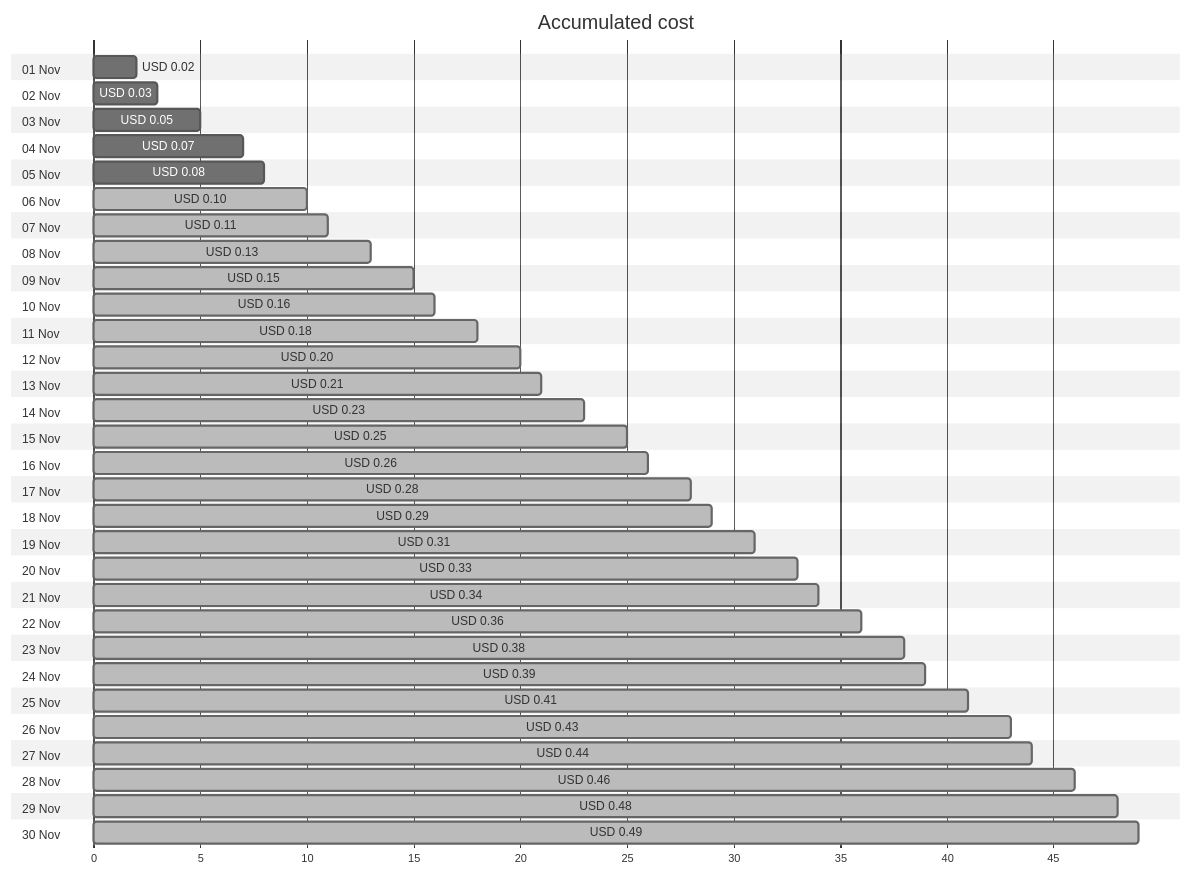
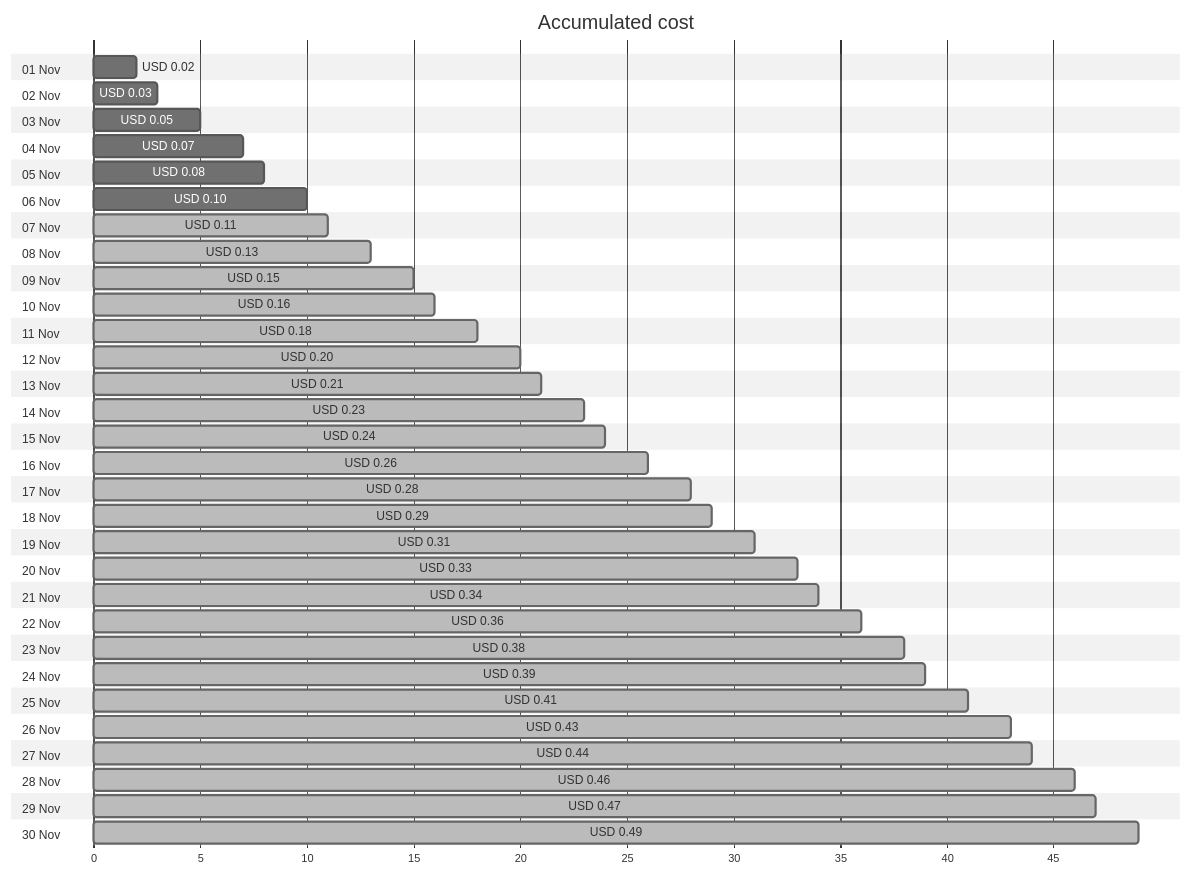
The first of 4 diagrams in cost-reports/personal-dns/jpatrickfulton.dev.md (jpfulton/azure-personal-reports), drawn with Mermaid (neutral theme) before and after one commit. The commit also changed other lines of this file and 2 other files, not shown here.

````diff
--- a/cost-reports/personal-dns/jpatrickfulton.dev.md
+++ b/cost-reports/personal-dns/jpatrickfulton.dev.md
@@ -20,66 +20,66 @@
 ```mermaid
 gantt
    title Accumulated cost
    dateFormat  X
    axisFormat %s
    section 01 Nov
    USD 0.02 :0, 2
    section 02 Nov
    USD 0.03 :0, 3
    section 03 Nov
    USD 0.05 :0, 5
    section 04 Nov
    USD 0.07 :0, 7
    section 05 Nov
    USD 0.08 :0, 8
    section 06 Nov
-   USD 0.10 : done, 0, 10
+   USD 0.10 :0, 10
    section 07 Nov
    USD 0.11 : done, 0, 11
    section 08 Nov
    USD 0.13 : done, 0, 13
    section 09 Nov
    USD 0.15 : done, 0, 15
    section 10 Nov
    USD 0.16 : done, 0, 16
    section 11 Nov
    USD 0.18 : done, 0, 18
    section 12 Nov
    USD 0.20 : done, 0, 20
    section 13 Nov
    USD 0.21 : done, 0, 21
    section 14 Nov
    USD 0.23 : done, 0, 23
    section 15 Nov
-   USD 0.25 : done, 0, 25
+   USD 0.24 : done, 0, 24
    section 16 Nov
    USD 0.26 : done, 0, 26
    section 17 Nov
    USD 0.28 : done, 0, 28
    section 18 Nov
    USD 0.29 : done, 0, 29
    section 19 Nov
    USD 0.31 : done, 0, 31
    section 20 Nov
    USD 0.33 : done, 0, 33
    section 21 Nov
    USD 0.34 : done, 0, 34
    section 22 Nov
    USD 0.36 : done, 0, 36
    section 23 Nov
    USD 0.38 : done, 0, 38
    section 24 Nov
    USD 0.39 : done, 0, 39
    section 25 Nov
    USD 0.41 : done, 0, 41
    section 26 Nov
    USD 0.43 : done, 0, 43
    section 27 Nov
    USD 0.44 : done, 0, 44
    section 28 Nov
    USD 0.46 : done, 0, 46
    section 29 Nov
-   USD 0.48 : done, 0, 48
+   USD 0.47 : done, 0, 47
    section 30 Nov
    USD 0.49 : done, 0, 49
 ```
````
